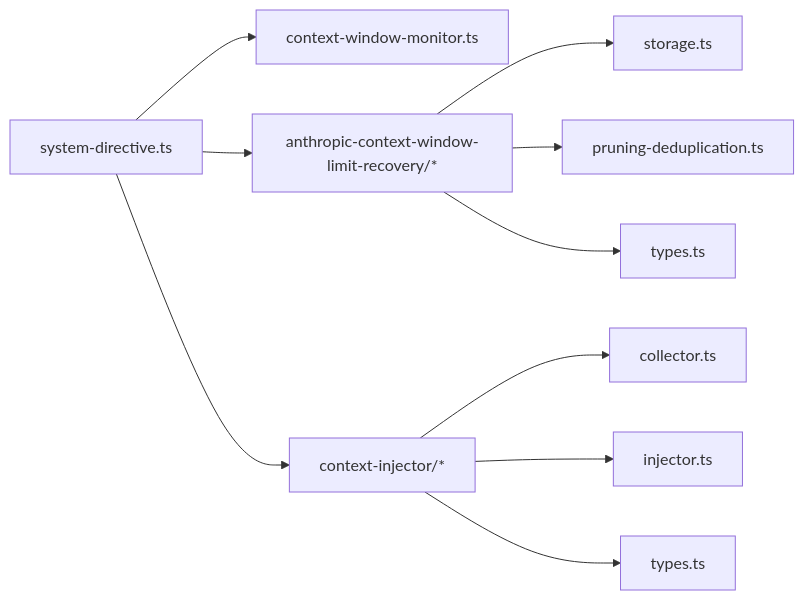
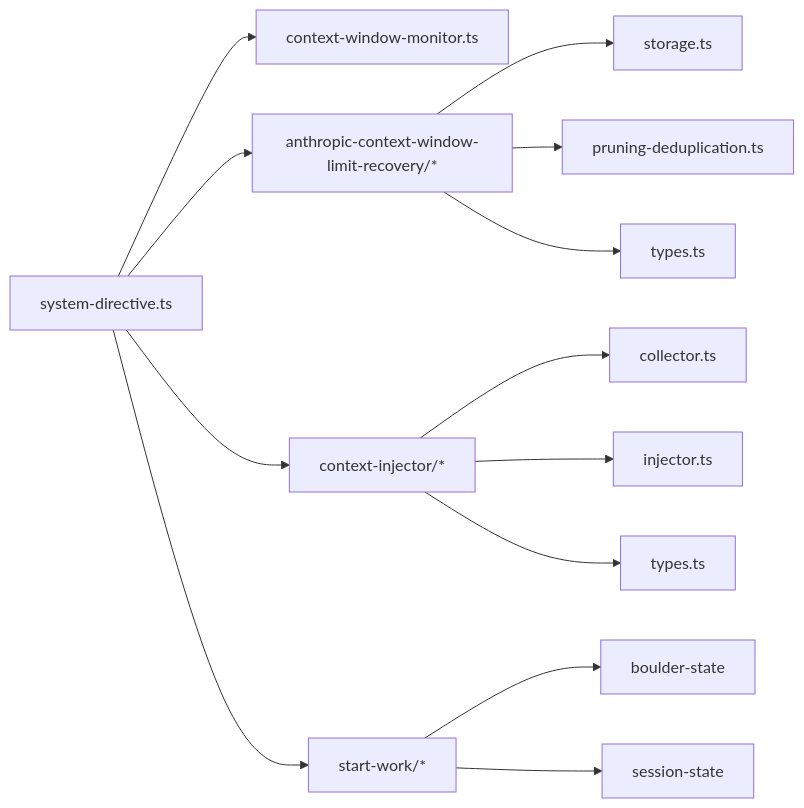
The seventh of 7 diagrams in .qoder/repowiki/zh/content/钩子系统/上下文监控钩子.md (code-yeongyu/oh-my-openagent), drawn with Mermaid before and after one commit. The commit also changed other lines of this file and 61 other files, not shown here.

````diff
--- a/.qoder/repowiki/zh/content/钩子系统/上下文监控钩子.md
+++ b/.qoder/repowiki/zh/content/钩子系统/上下文监控钩子.md
@@ -227,12 +287,15 @@
 ```mermaid
 graph LR
 SD["system-directive.ts"] --> CW["context-window-monitor.ts"]
 SD --> ACWR["anthropic-context-window-limit-recovery/*"]
 SD --> CI["context-injector/*"]
+SD --> SW["start-work/*"]
 ACWR --> ST["storage.ts"]
 ACWR --> PR["pruning-deduplication.ts"]
 ACWR --> TP["types.ts"]
 CI --> CT["collector.ts"]
 CI --> IT["injector.ts"]
 CI --> TY["types.ts"]
+SW --> BS["boulder-state"]
+SW --> SS["session-state"]
 ```
````
